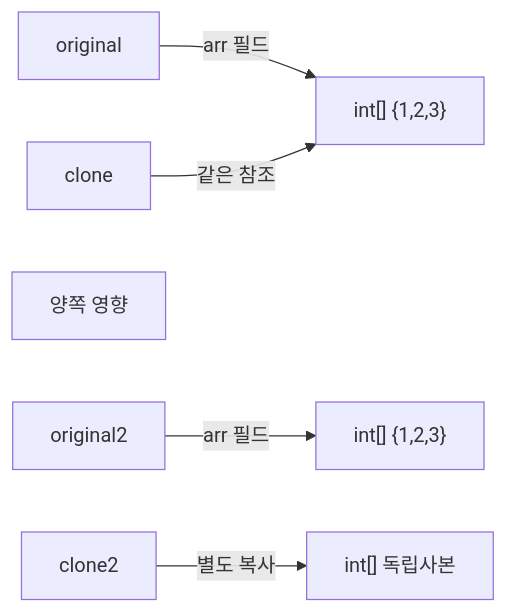
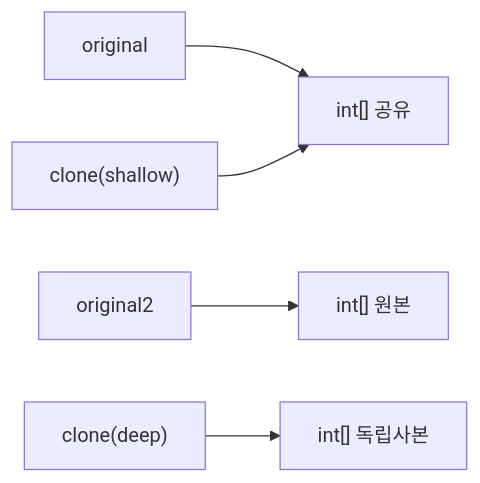
One commit to yjkim2015/yjkim2015.github.io changed the fourth of 6 diagrams in _posts/java/2026-05-01-java-object-class.md. Above: the diagram before and after it, drawn with Mermaid. The commit also changed other lines of this file and 163 other files, not shown here.

First line of the commit message:
Mermaid 300개 블록 내용 축소: 5노드 5엣지 이하, 의미 있는 약어

````diff
--- a/_posts/java/2026-05-01-java-object-class.md
+++ b/_posts/java/2026-05-01-java-object-class.md
@@ -389,8 +387,7 @@
 ```mermaid
 graph LR
-    O1["original"] -->|"arr 필드"| ARR["int[] {1,2,3}"]
-    C1["clone"] -->|"같은 참조"| ARR
-    NOTE1["양쪽 영향"]
-    O2["original2"] -->|"arr 필드"| ARR2["int[] {1,2,3}"]
-    C2["clone2"] -->|"별도 복사"| ARR3["int[] 독립사본"]
+    O1["original"] --> ARR["int[] 공유"]
+    C1["clone(shallow)"] --> ARR
+    O2["original2"] --> ARR2["int[] 원본"]
+    C2["clone(deep)"] --> ARR3["int[] 독립사본"]
 ```
````
